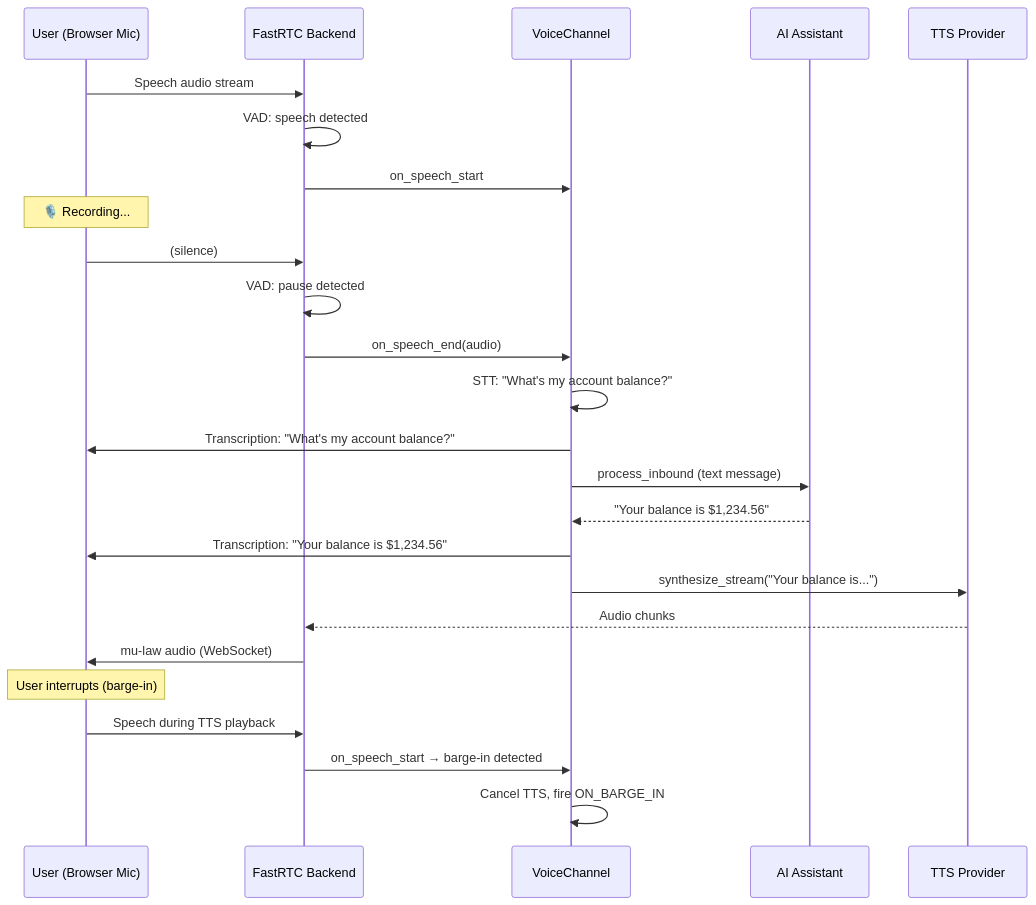
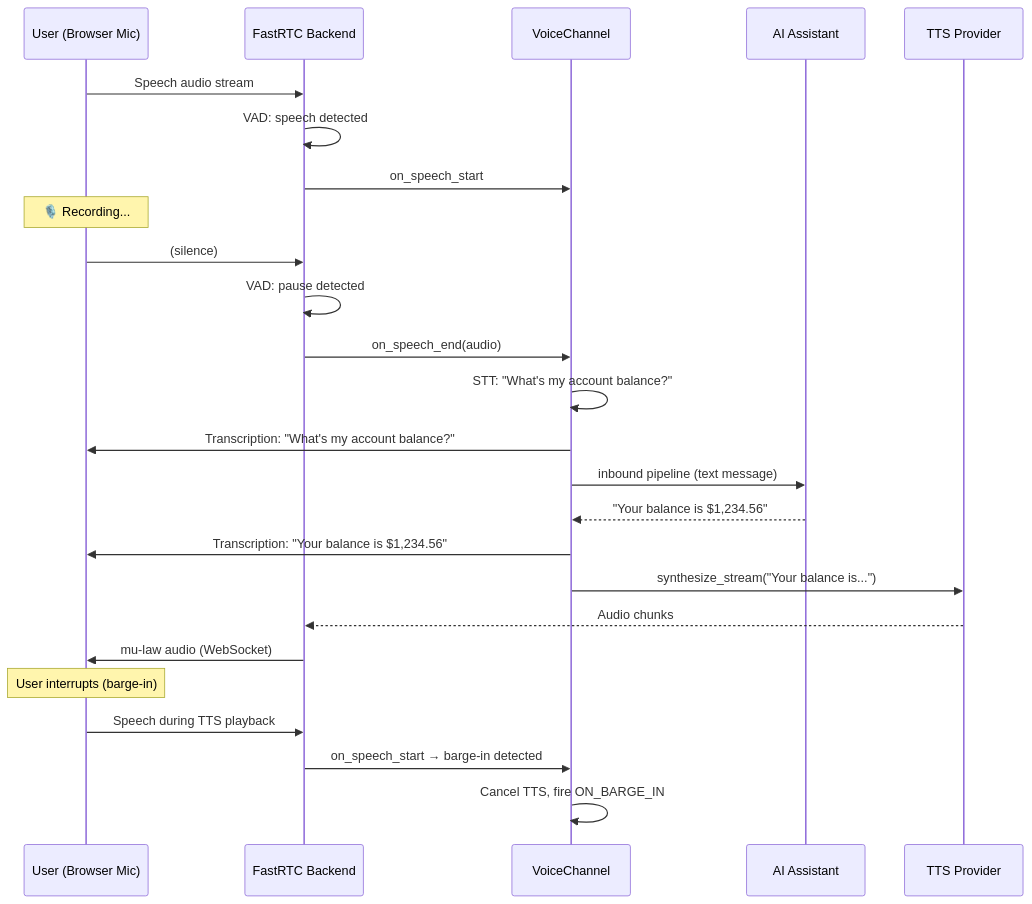
One commit to roomkit-live/roomkit-docs changed the fifth of 6 diagrams in docs/features.md. Above: the diagram before and after it, drawn with Mermaid. The commit also changed other lines of this file and 14 other files, not shown here.

````diff
--- a/docs/features.md
+++ b/docs/features.md
@@ -1935,31 +1935,31 @@
 ```mermaid
 sequenceDiagram
     participant User as User (Browser Mic)
     participant VB as FastRTC Backend
     participant VC as VoiceChannel
     participant AI as AI Assistant
     participant TTS as TTS Provider
 
     User->>VB: Speech audio stream
     VB->>VB: VAD: speech detected
     VB->>VC: on_speech_start
     Note over User: 🎙️ Recording...
 
     User->>VB: (silence)
     VB->>VB: VAD: pause detected
     VB->>VC: on_speech_end(audio)
     VC->>VC: STT: "What's my account balance?"
     VC->>User: Transcription: "What's my account balance?"
 
-    VC->>AI: process_inbound (text message)
+    VC->>AI: inbound pipeline (text message)
     AI-->>VC: "Your balance is $1,234.56"
     VC->>User: Transcription: "Your balance is $1,234.56"
     VC->>TTS: synthesize_stream("Your balance is...")
     TTS-->>VB: Audio chunks
     VB->>User: mu-law audio (WebSocket)
 
     Note over User: User interrupts (barge-in)
     User->>VB: Speech during TTS playback
     VB->>VC: on_speech_start → barge-in detected
     VC->>VC: Cancel TTS, fire ON_BARGE_IN
 ```
````
